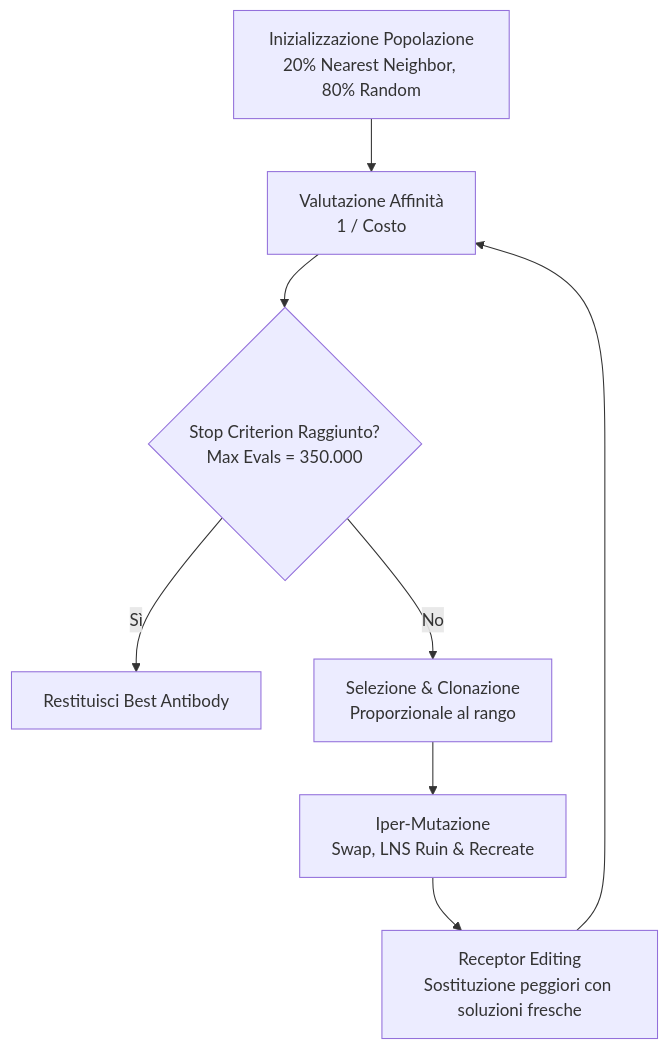
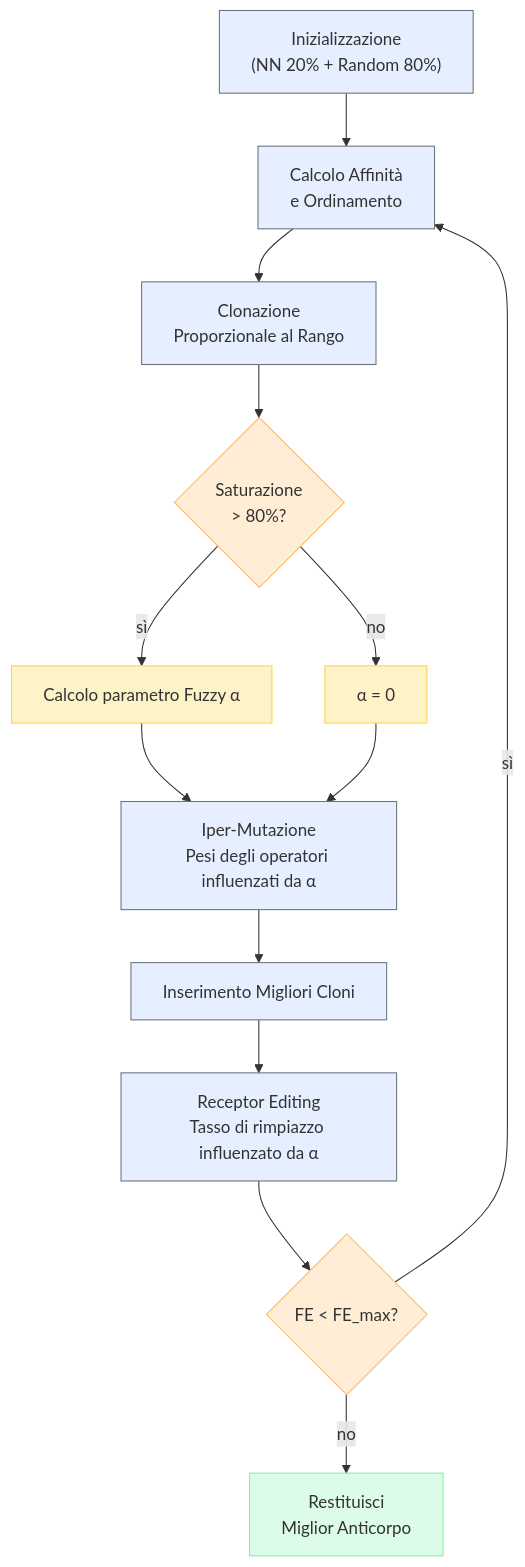
One commit to MaccarroneAlessia/Capacitated-Vehicle-Routing-Problem changed the diagram in doc/REPORT.md. Above: the diagram before and after it, drawn with Mermaid. The commit also changed other lines of this file and 2 other files, not shown here.

Commit message:
feat(app): add detailed ablation table and SA exclusion justification

````diff
--- a/doc/REPORT.md
+++ b/doc/REPORT.md
@@ -56,10 +56,34 @@
 ```mermaid
 graph TD
-    A["Inizializzazione Popolazione<br/>20% Nearest Neighbor, 80% Random"] --> B["Valutazione Affinità<br/>1 / Costo"]
-    B --> C{"Stop Criterion Raggiunto?<br/>Max Evals = 350.000"}
-    C -- Sì --> D["Restituisci Best Antibody"]
-    C -- No --> E["Selezione & Clonazione<br/>Proporzionale al rango"]
-    E --> F["Iper-Mutazione<br/>Swap, LNS Ruin & Recreate"]
-    F --> H["Receptor Editing<br/>Sostituzione peggiori con soluzioni fresche"]
-    H --> B
+    A["Inizializzazione<br>(NN 20% + Random 80%)"] --> B["Calcolo Affinità<br>e Ordinamento"]
+    B --> C["Clonazione<br>Proporzionale al Rango"]
+    
+    C --> D{"Saturazione<br>> 80%?"}
+    
+    D -- "sì" --> E["Calcolo parametro Fuzzy α"]
+    D -- "no" --> F["α = 0"]
+    
+    E --> G
+    F --> G
+    
+    G["Iper-Mutazione<br>Pesi degli operatori influenzati da α"] --> H["Inserimento Migliori Cloni"]
+    
+    H --> I["Receptor Editing<br>Tasso di rimpiazzo influenzato da α"]
+    
+    I --> J{"FE < FE_max?"}
+    J -- "sì" --> B
+    J -- "no" --> K["Restituisci<br>Miglior Anticorpo"]
+
+    %% Colori
+    style A fill:#e6efff,stroke:#6b7280
+    style B fill:#e6efff,stroke:#6b7280
+    style C fill:#e6efff,stroke:#6b7280
+    style D fill:#ffedd5,stroke:#fdba74
+    style E fill:#fef3c7,stroke:#fcd34d
+    style F fill:#fef3c7,stroke:#fcd34d
+    style G fill:#e6efff,stroke:#6b7280
+    style H fill:#e6efff,stroke:#6b7280
+    style I fill:#e6efff,stroke:#6b7280
+    style J fill:#ffedd5,stroke:#fdba74
+    style K fill:#dcfce7,stroke:#86efac
 ```
````
